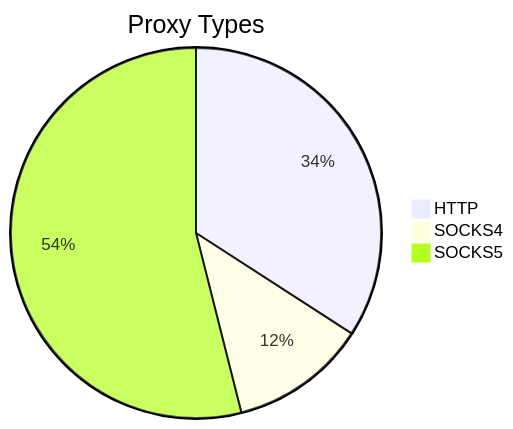
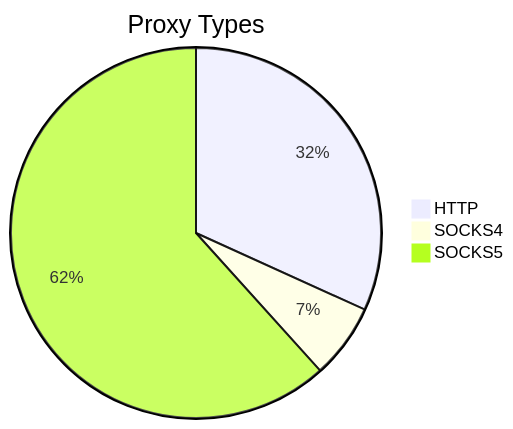
One commit to stormsia/proxy-list changed the first of 2 diagrams in README.md. Above: the diagram before and after it, drawn with Mermaid. The commit also changed other lines of this file, not shown here.

````diff
--- a/README.md
+++ b/README.md
@@ -21,6 +21,6 @@
 ```mermaid
 pie title Proxy Types
-    "HTTP" : 286
-    "SOCKS4" : 100
-    "SOCKS5" : 452
+    "HTTP" : 136
+    "SOCKS4" : 28
+    "SOCKS5" : 264
 ```
````
